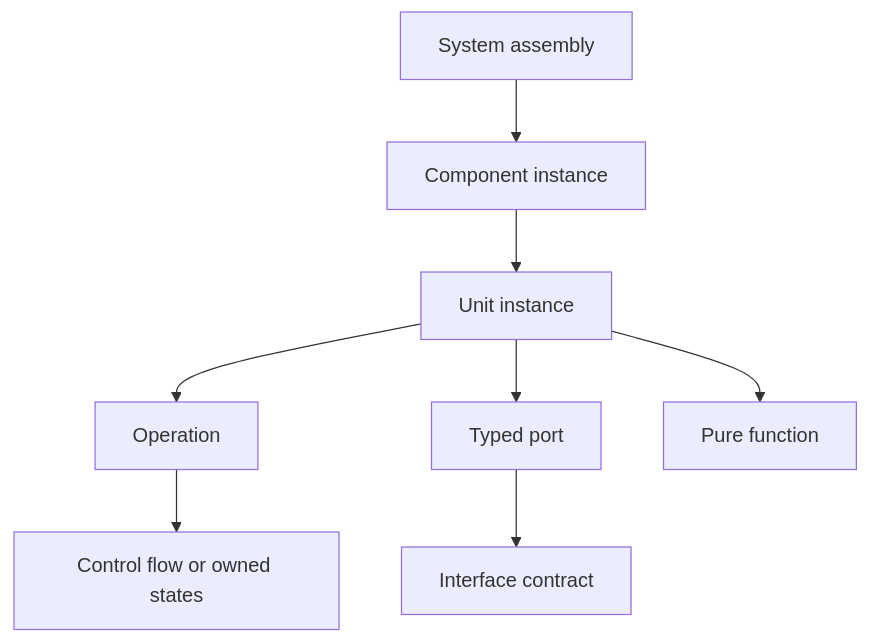
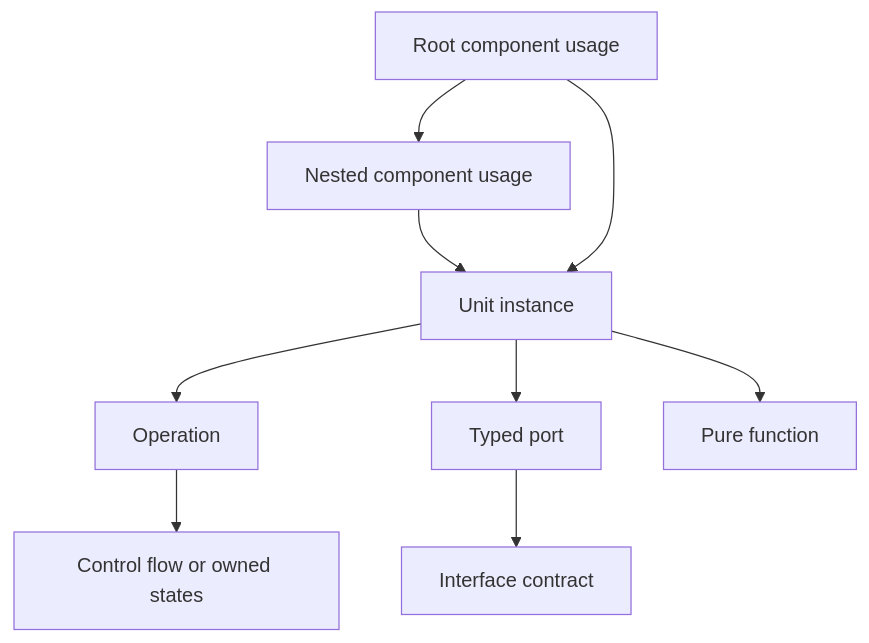
The diagram in README.md (voidaliot/swaml), drawn with Mermaid before and after one commit. The commit also changed other lines of this file and 30 other files, not shown here.

First line of the commit message:
docs: publish complete SWAML 1.1 reference and graphical edition

````diff
--- a/README.md
+++ b/README.md
@@ -25,10 +41,11 @@
 ```mermaid
 flowchart TB
-    S[System assembly] --> C[Component instance]
+    C[Root component usage] --> N[Nested component usage]
+    N --> U[Unit instance]
     C --> U[Unit instance]
     U --> O[Operation]
     O --> F[Control flow or owned states]
     U --> P[Typed port]
     P --> I[Interface contract]
     U --> FN[Pure function]
 ```
````
